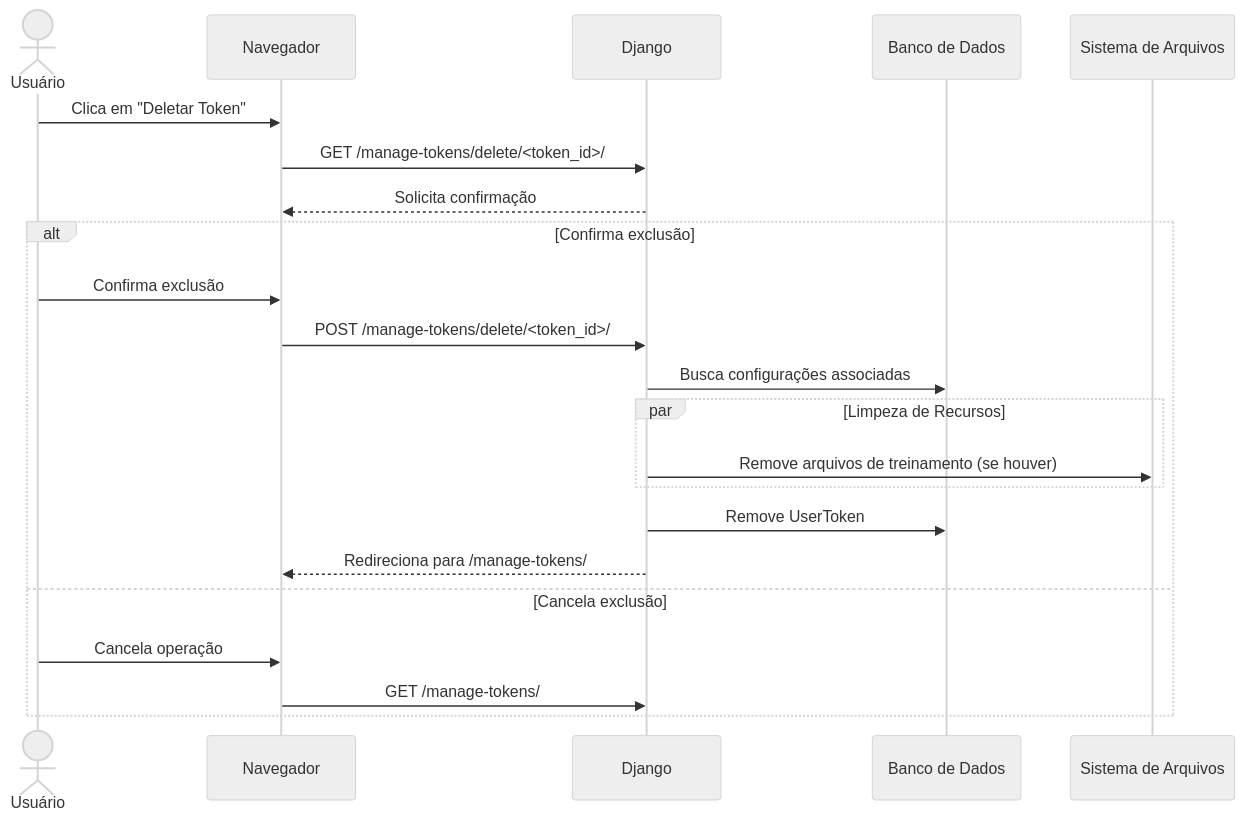
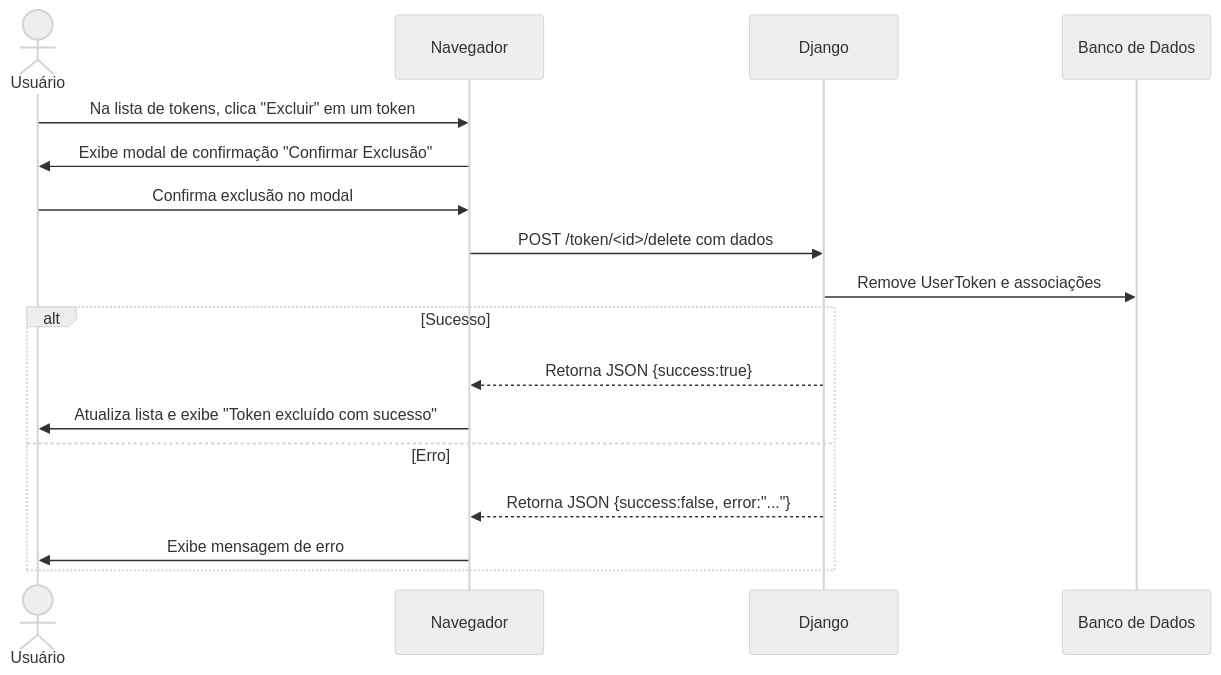
One commit to diegogrosmann/EnsinaNet.AI changed the sixth of 26 diagrams in README.md. Above: the diagram before and after it, drawn with Mermaid (neutral theme). The commit also changed other lines of this file and 117 other files, not shown here.

Commit message:
Adiciona novo aplicativo 'client_version' com modelos, URLs e configurações; remove arquivos de teste e atualiza configurações do projeto.

````diff
--- a/README.md
+++ b/README.md
@@ -641,28 +674,20 @@
 ```mermaid
 sequenceDiagram
     actor U as Usuário
     participant N as Navegador
     participant D as Django
     participant DB as Banco de Dados
-    participant FS as Sistema de Arquivos
 
-    U->>N: Clica em "Deletar Token"
-    N->>D: GET /manage-tokens/delete/<token_id>/
-    D-->>N: Solicita confirmação
-    
-    alt Confirma exclusão
-        U->>N: Confirma exclusão
-        N->>D: POST /manage-tokens/delete/<token_id>/
-        D->>DB: Busca configurações associadas
-        
-        par Limpeza de Recursos
-            D->>FS: Remove arquivos de treinamento (se houver)
-        end
-        
-        D->>DB: Remove UserToken
-        D-->>N: Redireciona para /manage-tokens/
-    else Cancela exclusão
-        U->>N: Cancela operação
-        N->>D: GET /manage-tokens/
+    U->>N: Na lista de tokens, clica "Excluir" em um token
+    N->>U: Exibe modal de confirmação "Confirmar Exclusão"
+    U->>N: Confirma exclusão no modal
+    N->>D: POST /token/<id>/delete com dados
+    D->>DB: Remove UserToken e associações
+    alt Sucesso
+        D-->>N: Retorna JSON {success:true}
+        N->>U: Atualiza lista e exibe "Token excluído com sucesso"
+    else Erro
+        D-->>N: Retorna JSON {success:false, error:"..."}
+        N->>U: Exibe mensagem de erro
     end
 ```
````
